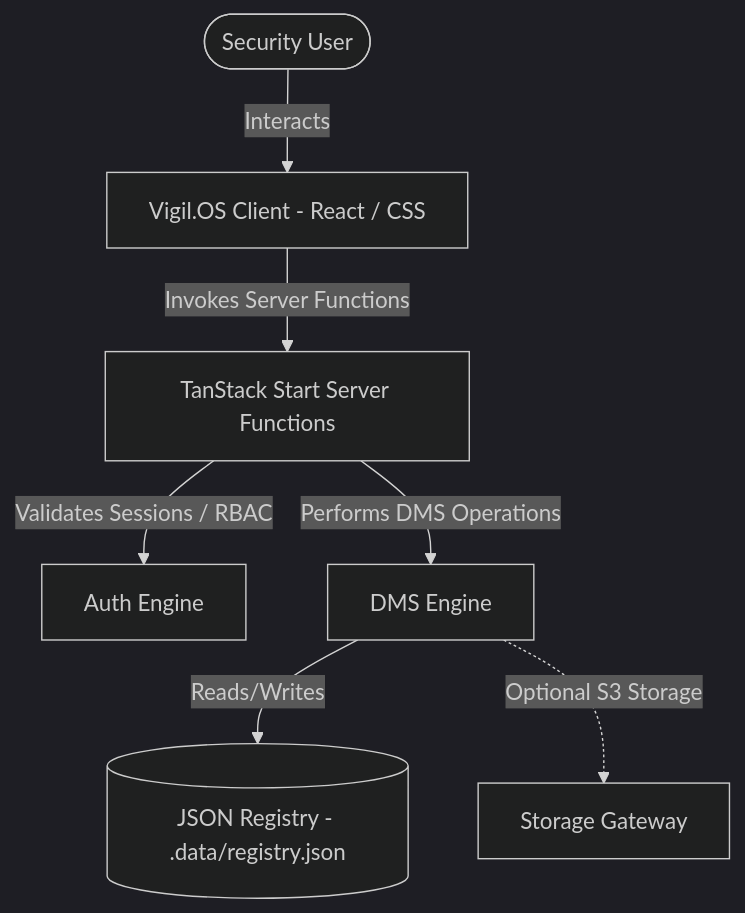
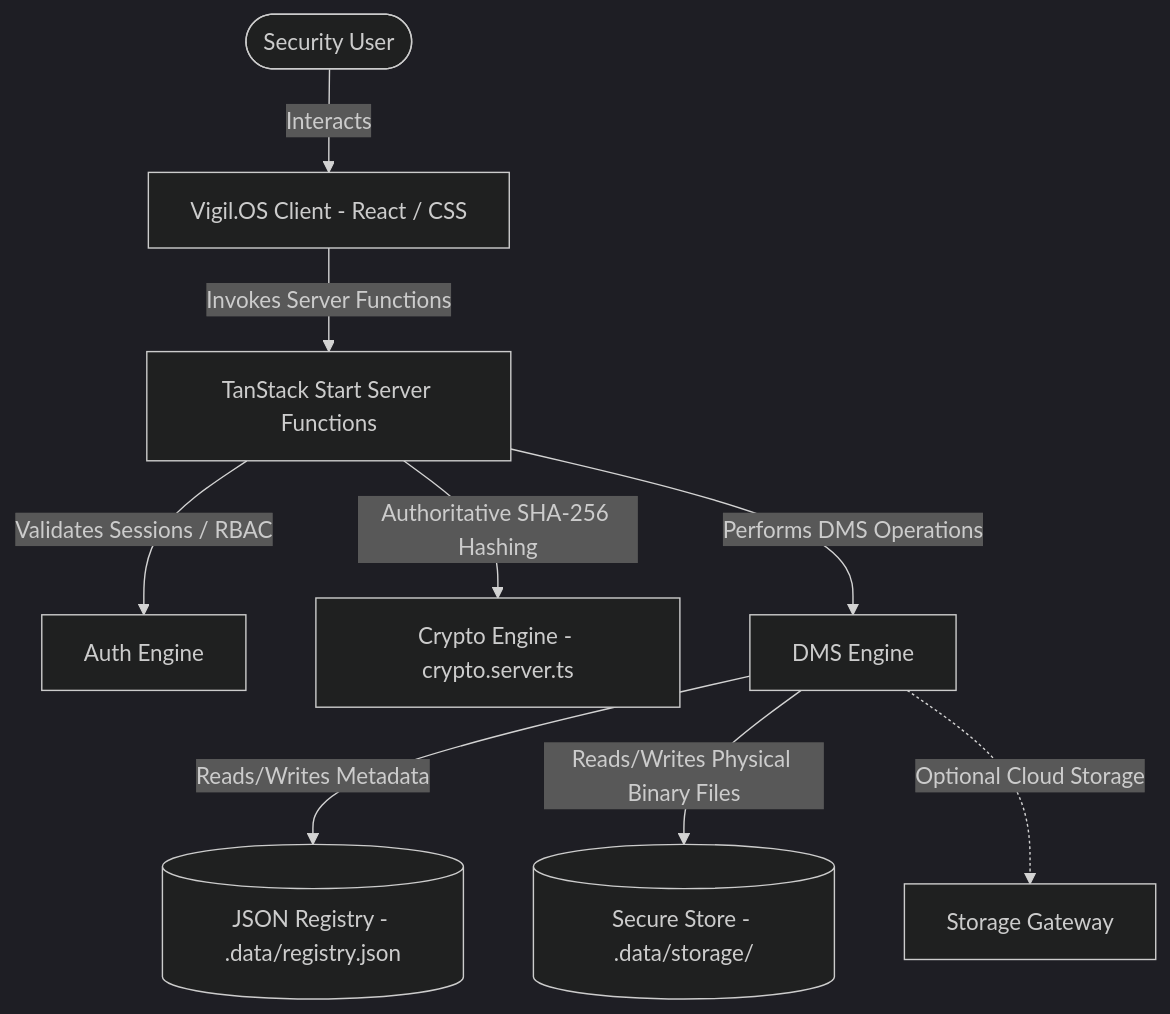
Before and after one commit to pranavkadam-cs/judicator-docs: the diagram in README.md, drawn with Mermaid (dark theme). The commit also changed other lines of this file and 56 other files, not shown here.

````diff
--- a/README.md
+++ b/README.md
@@ -9,9 +9,11 @@
 ```mermaid
 graph TD
     User([Security User]) -->|Interacts| Client[Vigil.OS Client - React / CSS]
     Client -->|Invokes Server Functions| ServerFn[TanStack Start Server Functions]
     ServerFn -->|Validates Sessions / RBAC| Auth[Auth Engine]
+    ServerFn -->|Authoritative SHA-256 Hashing| Crypto[Crypto Engine - crypto.server.ts]
     ServerFn -->|Performs DMS Operations| DMS[DMS Engine]
-    DMS -->|Reads/Writes| DB[(JSON Registry - .data/registry.json)]
-    DMS -.->|Optional S3 Storage| S3[Storage Gateway]
+    DMS -->|Reads/Writes Metadata| DB[(JSON Registry - .data/registry.json)]
+    DMS -->|Reads/Writes Physical Binary Files| Storage[(Secure Store - .data/storage/)]
+    DMS -.->|Optional Cloud Storage| S3[Storage Gateway]
 ```
````
